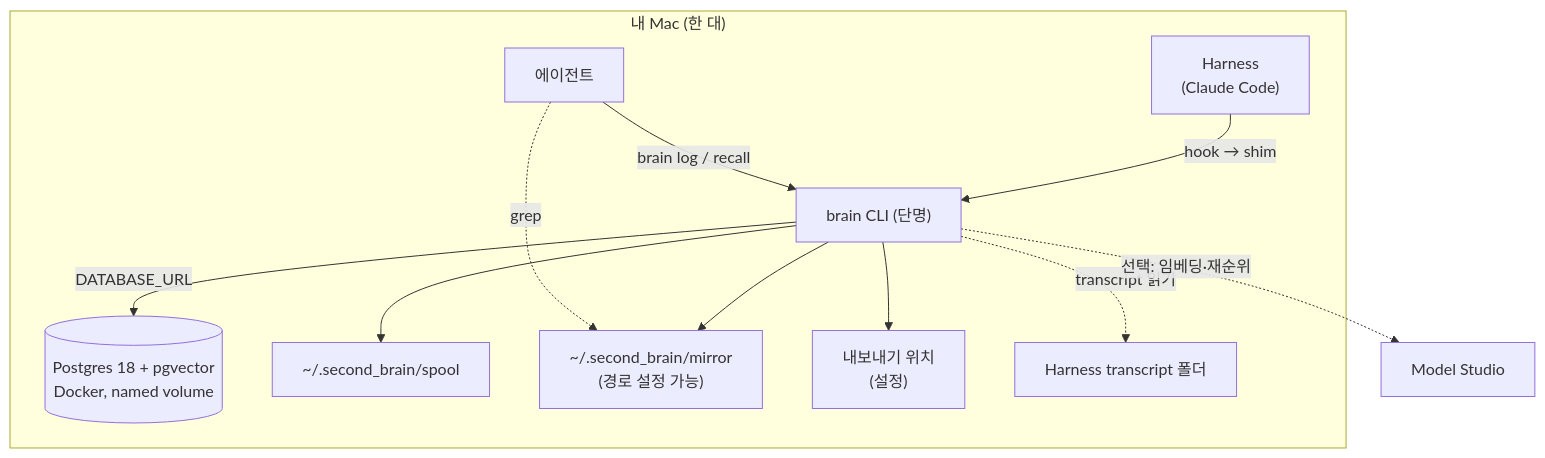
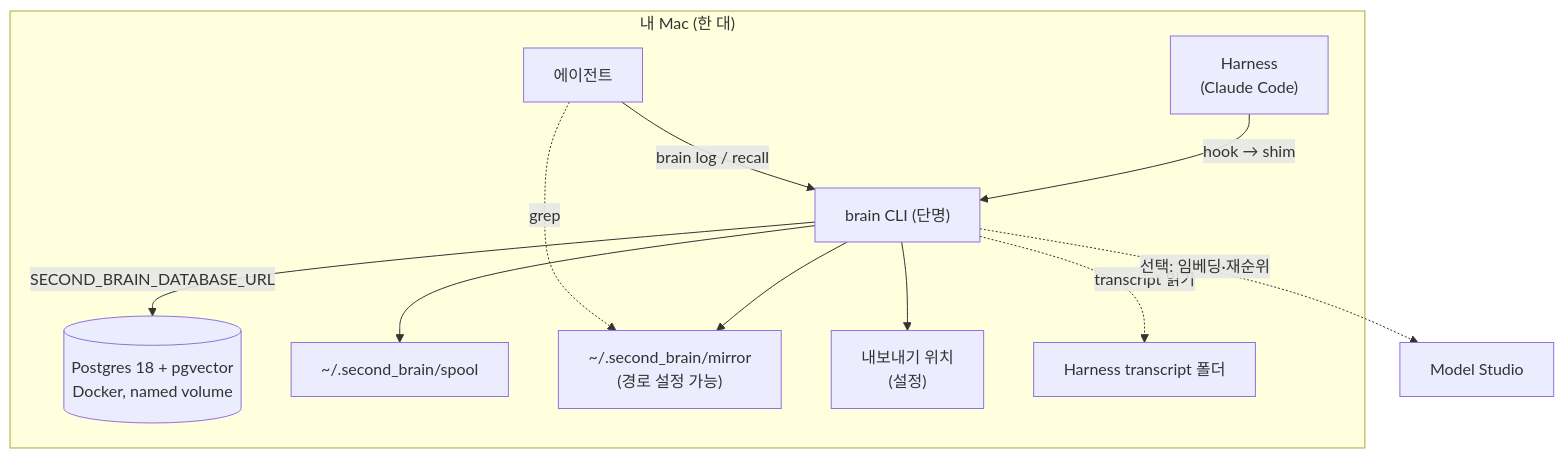
The fourth of 4 diagrams in _bmad-output/personal-brain/architecture-brain-v1-slice-1/architecture-brain-v1-slice-1.md (gmae199boy/second-brain), drawn with Mermaid before and after one commit. The commit also changed other lines of this file and 31 other files, not shown here.

First line of the commit message:
feat: config codec, CLI dispatcher and schema write guard (story 1.4)

````diff
--- a/_bmad-output/personal-brain/architecture-brain-v1-slice-1/architecture-brain-v1-slice-1.md
+++ b/_bmad-output/personal-brain/architecture-brain-v1-slice-1/architecture-brain-v1-slice-1.md
@@ -379,14 +379,14 @@
 ```mermaid
 flowchart TB
   subgraph mac["내 Mac (한 대)"]
     harness["Harness<br/>(Claude Code)"] -- "hook → shim" --> brain["brain CLI (단명)"]
     agent["에이전트"] -- "brain log / recall" --> brain
-    brain -- "DATABASE_URL" --> pg[("Postgres 18 + pgvector<br/>Docker, named volume")]
+    brain -- "SECOND_BRAIN_DATABASE_URL" --> pg[("Postgres 18 + pgvector<br/>Docker, named volume")]
     brain --> spool["~/.second_brain/spool"]
     brain --> mirror["~/.second_brain/mirror<br/>(경로 설정 가능)"]
     brain --> exp["내보내기 위치<br/>(설정)"]
     brain -. "transcript 읽기" .-> tr["Harness transcript 폴더"]
     agent -. "grep" .-> mirror
   end
   brain -. "선택: 임베딩·재순위" .-> ms["Model Studio"]
 ```
````
